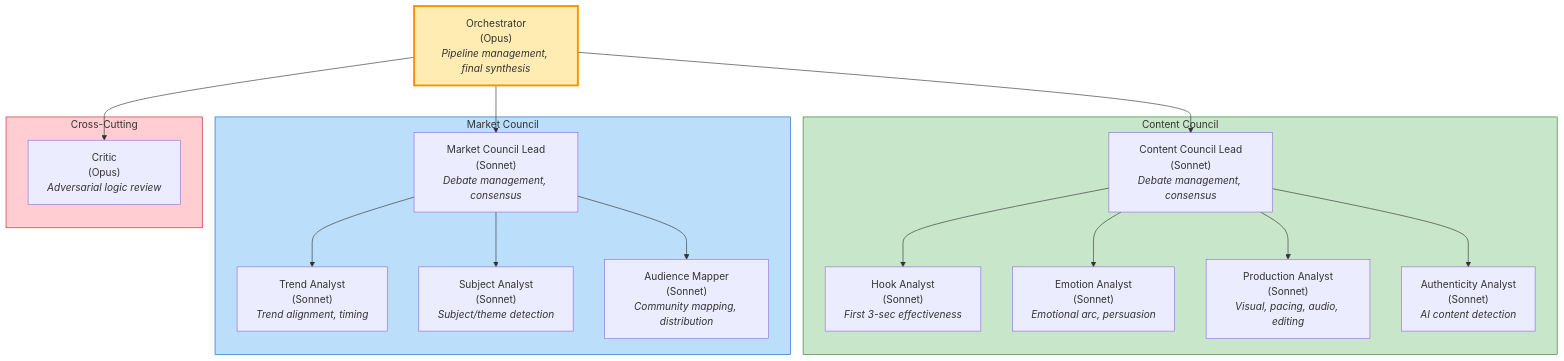
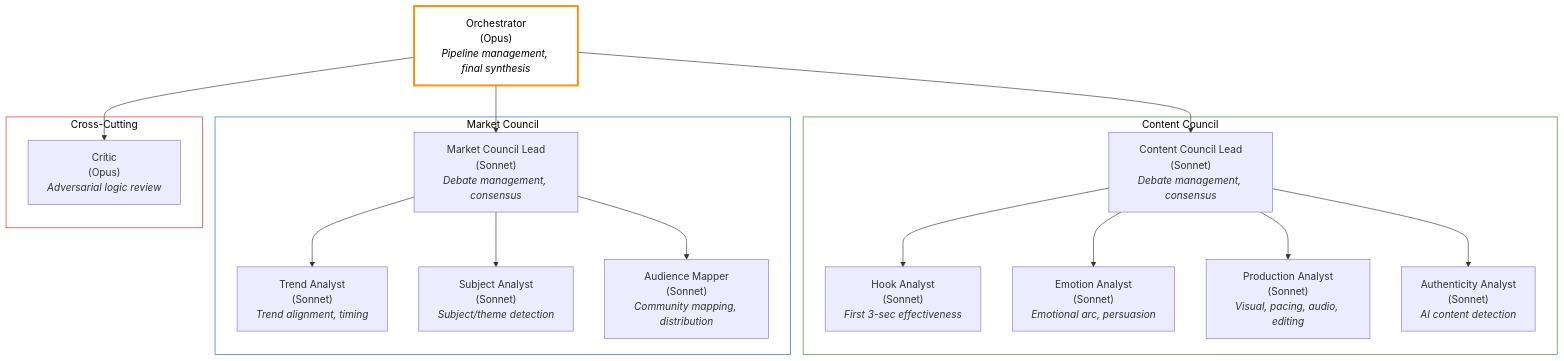
The third of 13 diagrams in design/ARCHITECTURE.md (SacredWizard/themis), drawn with Mermaid before and after one commit. The commit also changed other lines of this file, not shown here.

````diff
--- a/design/ARCHITECTURE.md
+++ b/design/ARCHITECTURE.md
@@ -169,41 +170,41 @@
 ```mermaid
 graph TB
     ORCH["Orchestrator<br/>(Opus)<br/><i>Pipeline management, final synthesis</i>"]
 
     subgraph ContentCouncil["Content Council"]
         CCL["Content Council Lead<br/>(Sonnet)<br/><i>Debate management, consensus</i>"]
         HA["Hook Analyst<br/>(Sonnet)<br/><i>First 3-sec effectiveness</i>"]
         EA["Emotion Analyst<br/>(Sonnet)<br/><i>Emotional arc, persuasion</i>"]
         PA["Production Analyst<br/>(Sonnet)<br/><i>Visual, pacing, audio, editing</i>"]
         AuthA["Authenticity Analyst<br/>(Sonnet)<br/><i>AI content detection</i>"]
     end
 
     subgraph MarketCouncil["Market Council"]
         MCL["Market Council Lead<br/>(Sonnet)<br/><i>Debate management, consensus</i>"]
         TA["Trend Analyst<br/>(Sonnet)<br/><i>Trend alignment, timing</i>"]
         SA["Subject Analyst<br/>(Sonnet)<br/><i>Subject/theme detection</i>"]
         AM["Audience Mapper<br/>(Sonnet)<br/><i>Community mapping, distribution</i>"]
     end
 
     subgraph CrossCutting["Cross-Cutting"]
         CRITIC["Critic<br/>(Opus)<br/><i>Adversarial logic review</i>"]
     end
 
     ORCH --> CCL
     ORCH --> MCL
     ORCH --> CRITIC
 
     CCL --> HA
     CCL --> EA
     CCL --> PA
     CCL --> AuthA
 
     MCL --> TA
     MCL --> SA
     MCL --> AM
 
-    style ORCH fill:#ffecb3,stroke:#FF8F00,stroke-width:3px
-    style ContentCouncil fill:#c8e6c9,stroke:#2E7D32
-    style MarketCouncil fill:#bbdefb,stroke:#1565C0
-    style CrossCutting fill:#ffcdd2,stroke:#C62828
+    style ORCH fill:transparent,stroke:#FF8F00,stroke-width:3px,color:#000
+    style ContentCouncil fill:transparent,stroke:#2E7D32,color:#000
+    style MarketCouncil fill:transparent,stroke:#1565C0,color:#000
+    style CrossCutting fill:transparent,stroke:#C62828,color:#000
 ```
````
